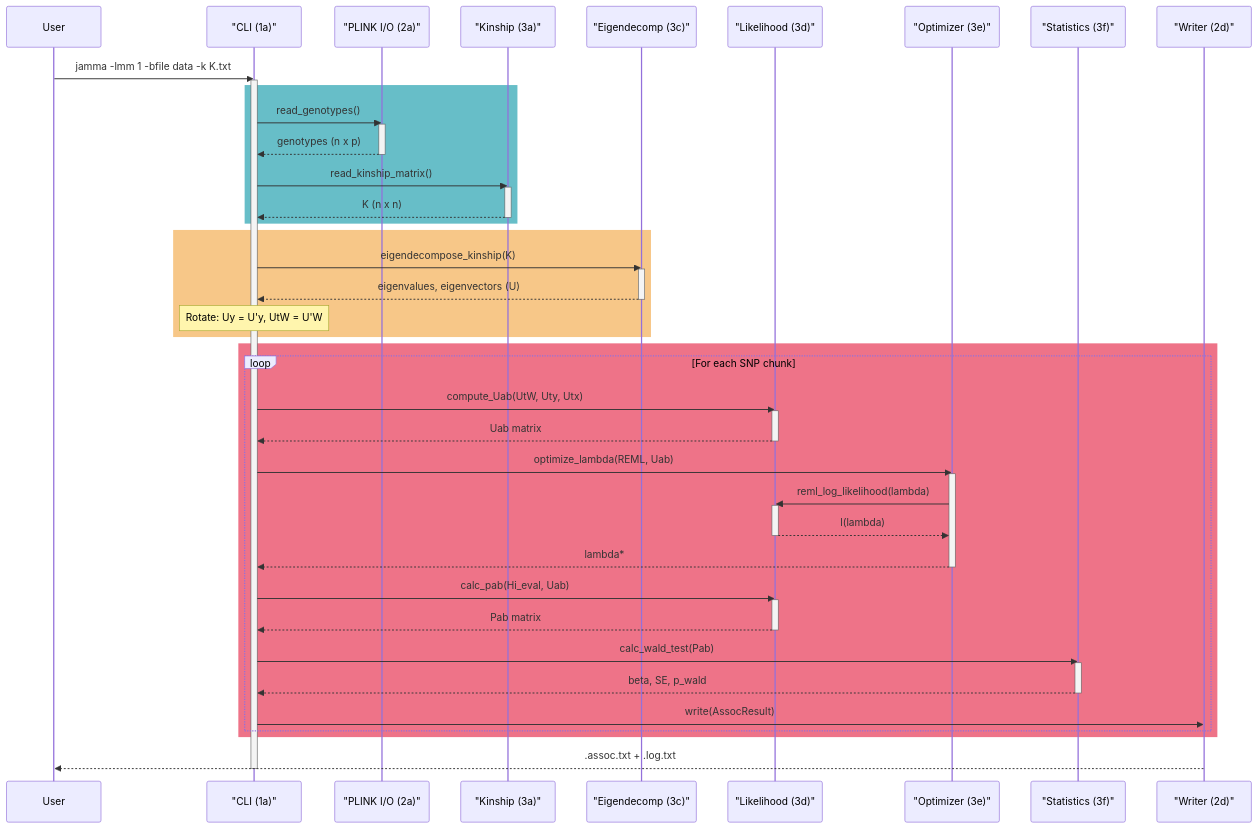
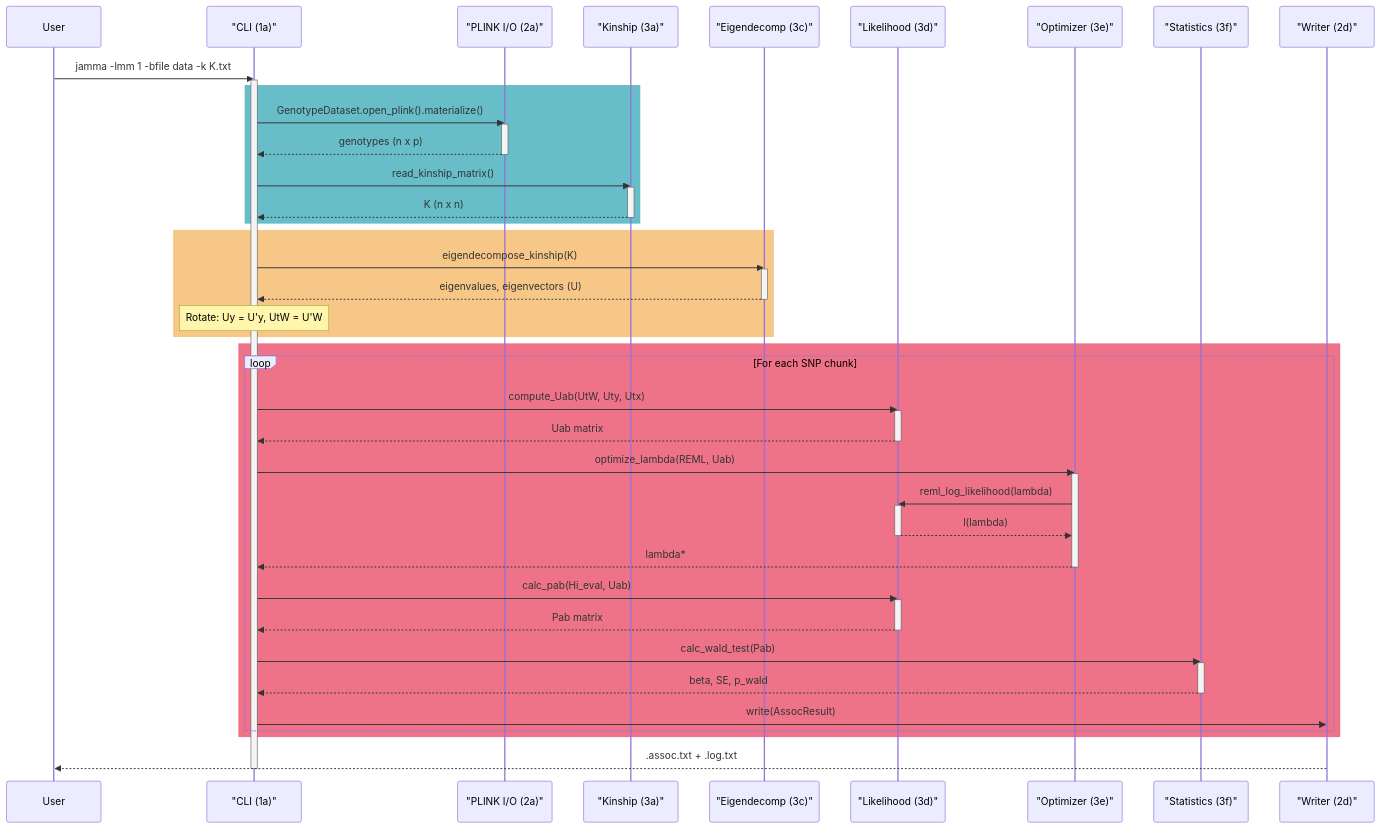
The second of 5 diagrams in docs/CODEMAP.md (michael-denyer/jamma), drawn with Mermaid before and after one commit. The commit also changed other lines of this file and 55 other files, not shown here.

First line of the commit message:
refactor: prepare LMM genotypes from GenotypeDataset and drop the PLINK stream API (#460)

````diff
--- a/docs/CODEMAP.md
+++ b/docs/CODEMAP.md
@@ -359,63 +354,63 @@
 ```mermaid
 sequenceDiagram
     participant U as User
     participant CLI as "CLI (1a)"
     participant IO as "PLINK I/O (2a)"
     participant K as "Kinship (3a)"
     participant E as "Eigendecomp (3c)"
     participant L as "Likelihood (3d)"
     participant O as "Optimizer (3e)"
     participant S as "Statistics (3f)"
     participant W as "Writer (2d)"
 
     U->>CLI: jamma -lmm 1 -bfile data -k K.txt
     activate CLI
 
     rect rgba(53, 168, 182, 0.75)
-        CLI->>IO: read_genotypes()
+        CLI->>IO: GenotypeDataset.open_plink().materialize()
         activate IO
         IO-->>CLI: genotypes (n x p)
         deactivate IO
         CLI->>K: read_kinship_matrix()
         activate K
         K-->>CLI: K (n x n)
         deactivate K
     end
 
     rect rgba(245, 180, 97, 0.75)
         CLI->>E: eigendecompose_kinship(K)
         activate E
         E-->>CLI: eigenvalues, eigenvectors (U)
         deactivate E
         Note over CLI: Rotate: Uy = U'y, UtW = U'W
     end
 
     rect rgba(233, 69, 96, 0.75)
         loop For each SNP chunk
             CLI->>L: compute_Uab(UtW, Uty, Utx)
             activate L
             L-->>CLI: Uab matrix
             deactivate L
             CLI->>O: optimize_lambda(REML, Uab)
             activate O
             O->>L: reml_log_likelihood(lambda)
             activate L
             L-->>O: l(lambda)
             deactivate L
             O-->>CLI: lambda*
             deactivate O
             CLI->>L: calc_pab(Hi_eval, Uab)
             activate L
             L-->>CLI: Pab matrix
             deactivate L
             CLI->>S: calc_wald_test(Pab)
             activate S
             S-->>CLI: beta, SE, p_wald
             deactivate S
             CLI->>W: write(AssocResult)
         end
     end
 
     W-->>U: .assoc.txt + .log.txt
     deactivate CLI
 ```
````
